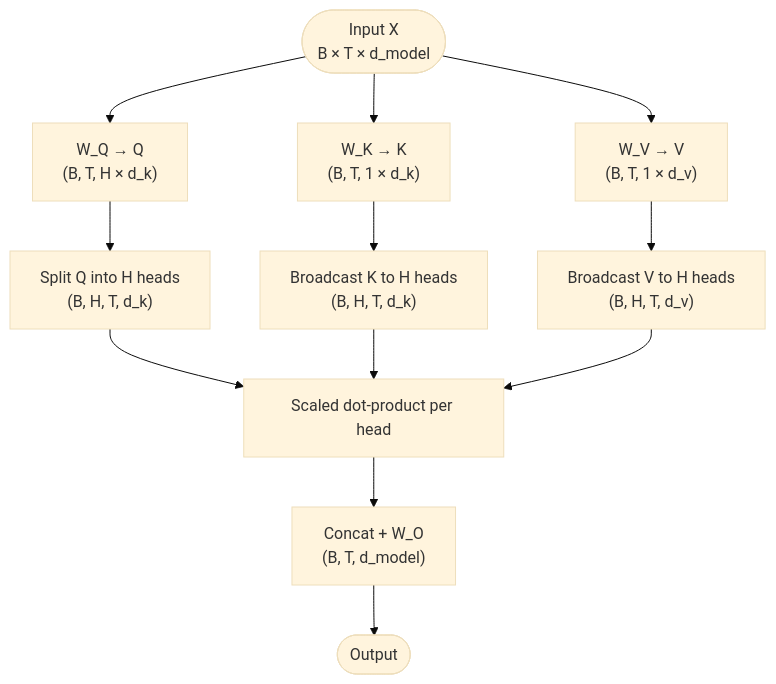
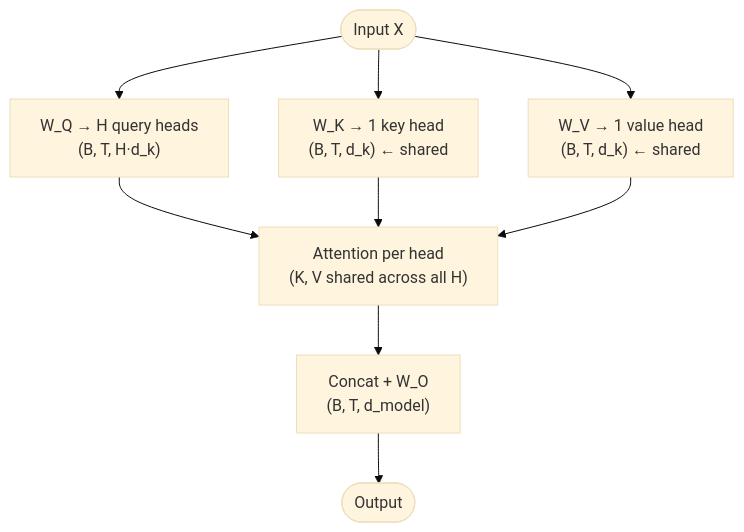
One commit to 95anantsingh/ds-notebook changed the first of 2 diagrams in source/pages/Natural_Language_Processing/Attentions/06-multi-query-attention.md. Above: the diagram before and after it, drawn with Mermaid (base theme). The commit also changed other lines of this file and 15 other files, not shown here.

````diff
--- a/source/pages/Natural_Language_Processing/Attentions/06-multi-query-attention.md
+++ b/source/pages/Natural_Language_Processing/Attentions/06-multi-query-attention.md
@@ -11,14 +47,11 @@
 ```{mermaid}
 flowchart TD
-    A([Input X\nB × T × d_model]) --> B["W_Q → Q\n(B, T, H × d_k)"]
-    A --> C["W_K → K\n(B, T, 1 × d_k)"]
-    A --> D["W_V → V\n(B, T, 1 × d_v)"]
-    B --> E["Split Q into H heads\n(B, H, T, d_k)"]
-    C --> F["Broadcast K to H heads\n(B, H, T, d_k)"]
-    D --> G["Broadcast V to H heads\n(B, H, T, d_v)"]
-    E --> H[Scaled dot-product per head]
-    F --> H
-    G --> H
-    H --> I["Concat + W_O\n(B, T, d_model)"]
-    I --> J([Output])
+    X(["Input X"]) --> Q["W_Q → H query heads<br>(B, T, H·d_k)"]
+    X --> K["W_K → 1 key head<br>(B, T, d_k)  ← shared"]
+    X --> V["W_V → 1 value head<br>(B, T, d_k)  ← shared"]
+    Q --> S["Attention per head<br>(K, V shared across all H)"]
+    K --> S
+    V --> S
+    S --> O["Concat + W_O<br>(B, T, d_model)"]
+    O --> OUT([Output])
 ```
````
